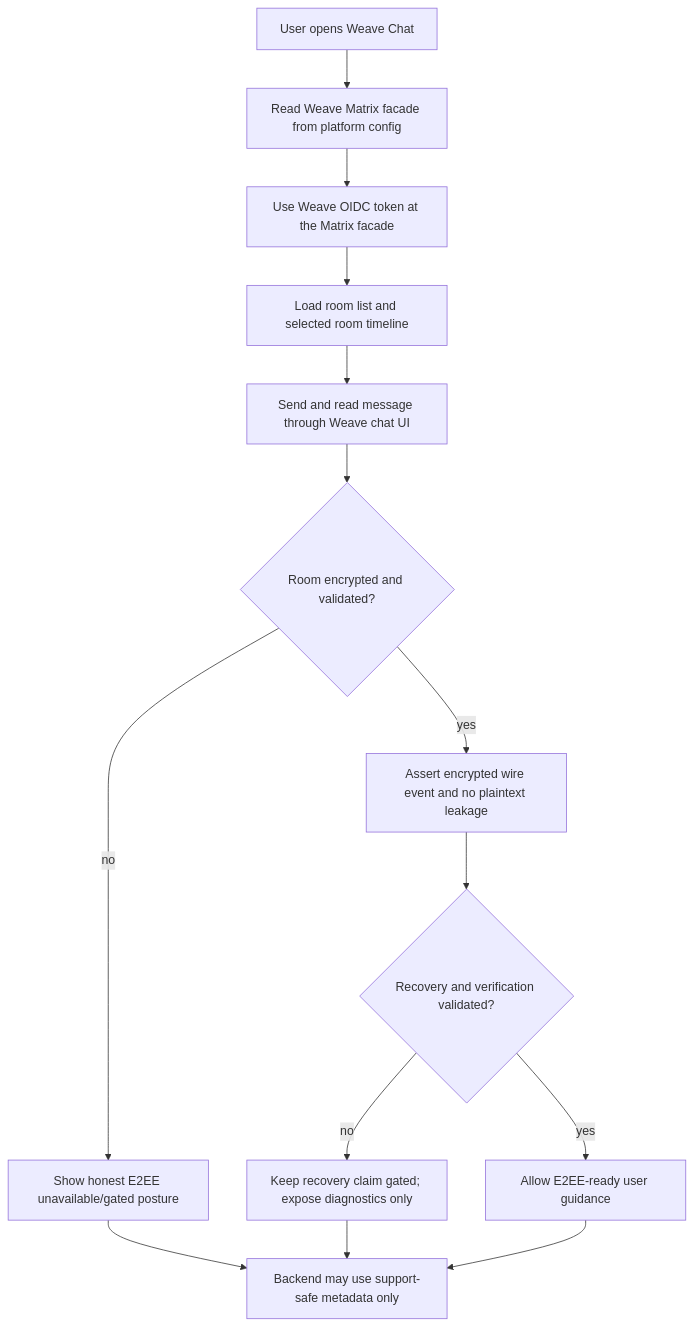
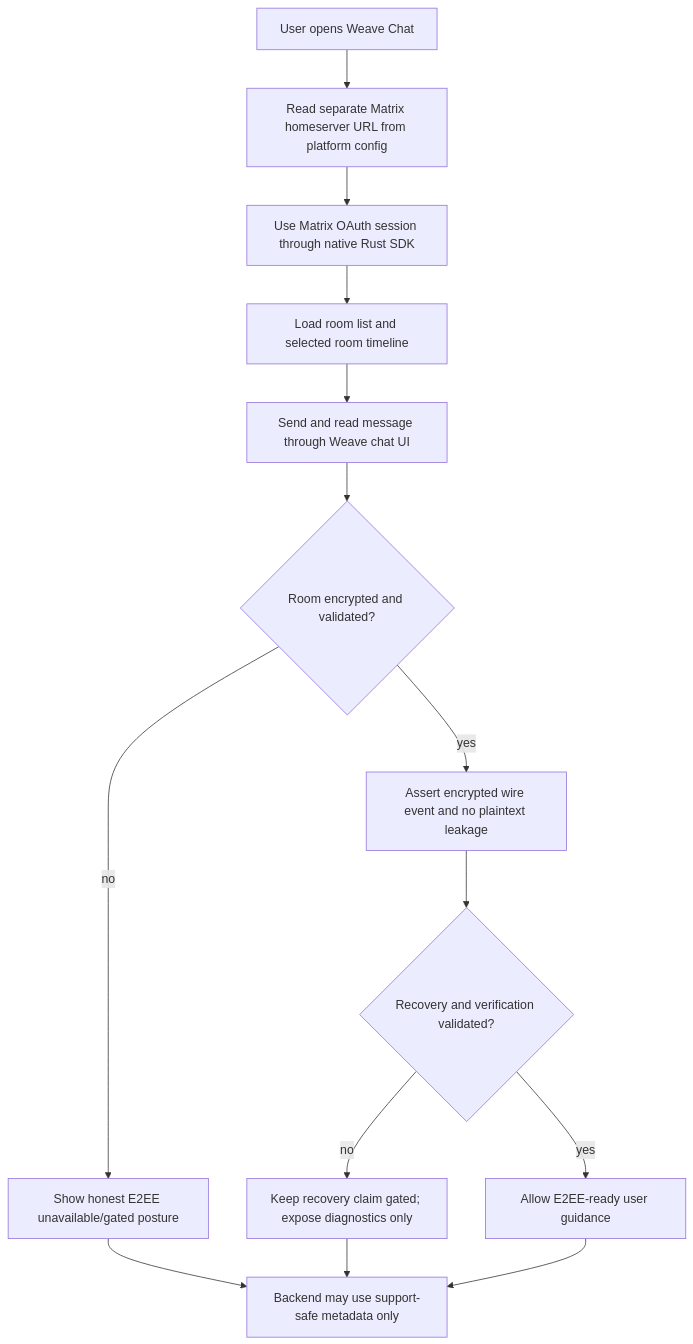
The third of 7 diagrams in docs/product-flow-activity-diagrams.md (masssi164/weave), drawn with Mermaid before and after one commit. The commit also changed 2 other files, not shown here.

Commit message:
docs(chat): mark retired Matrix facade guidance historical

````diff
--- a/docs/product-flow-activity-diagrams.md
+++ b/docs/product-flow-activity-diagrams.md
@@ -60,16 +60,16 @@
 ```mermaid
 flowchart TD
-  A[User opens Weave Chat] --> B[Read Weave Matrix facade from platform config]
-  B --> C[Use Weave OIDC token at the Matrix facade]
+  A[User opens Weave Chat] --> B[Read separate Matrix homeserver URL from platform config]
+  B --> C[Use Matrix OAuth session through native Rust SDK]
   C --> D[Load room list and selected room timeline]
   D --> E[Send and read message through Weave chat UI]
   E --> F{Room encrypted and validated?}
   F -- no --> G[Show honest E2EE unavailable/gated posture]
   F -- yes --> H[Assert encrypted wire event and no plaintext leakage]
   H --> I{Recovery and verification validated?}
   I -- no --> J[Keep recovery claim gated; expose diagnostics only]
   I -- yes --> K[Allow E2EE-ready user guidance]
   G --> L[Backend may use support-safe metadata only]
   J --> L
   K --> L
 ```
````
